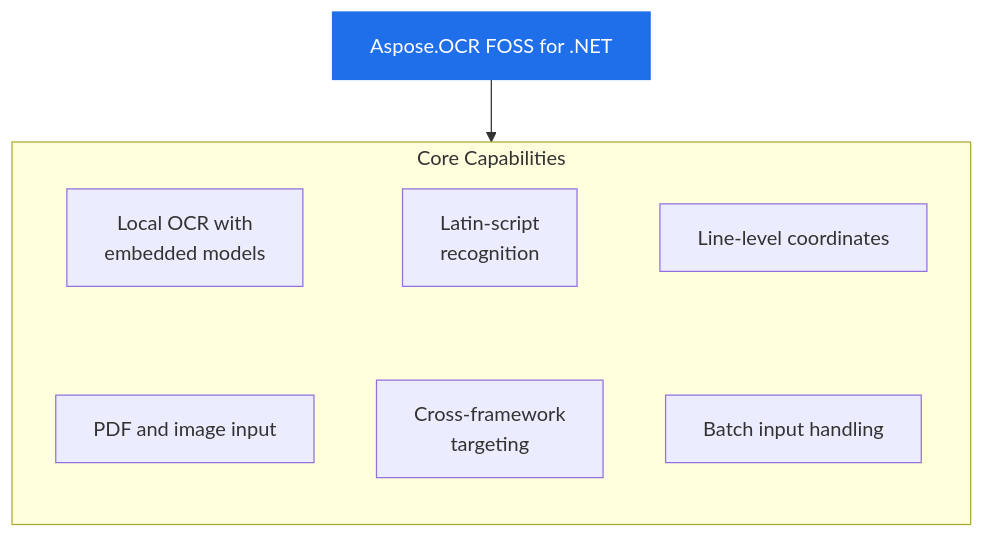
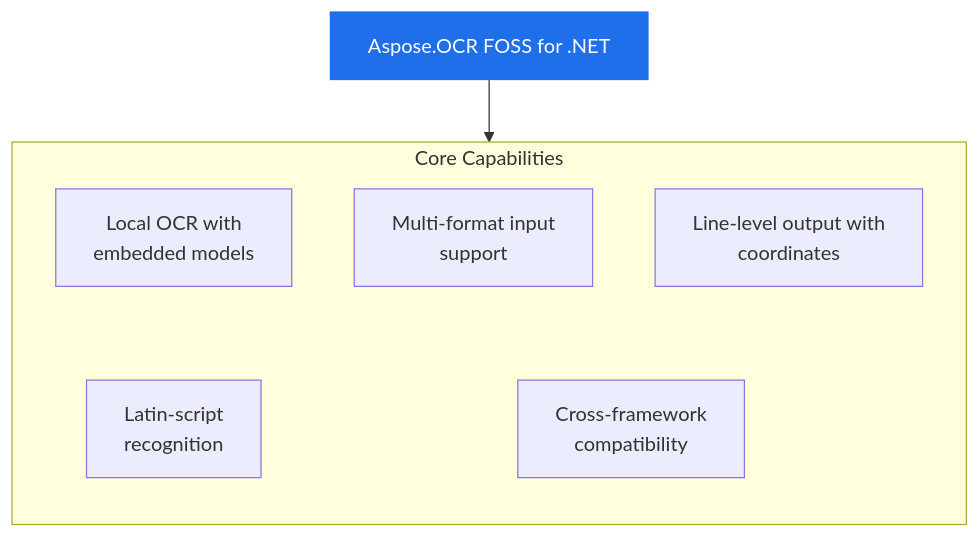
The diagram in 032181110c3d6d3689404021d7473ccfd9050a80/README.md (babar-raza/repo-presenter), drawn with Mermaid before and after one commit. The commit also changed other lines of this file and 11 other files, not shown here.

````diff
--- a/032181110c3d6d3689404021d7473ccfd9050a80/README.md
+++ b/032181110c3d6d3689404021d7473ccfd9050a80/README.md
@@ -25,19 +25,18 @@
 ```mermaid
 flowchart TB
   PRODUCT["Aspose.OCR FOSS for .NET"]
   subgraph Capabilities["Core Capabilities"]
     direction TB
     c1["Local OCR with<br/>embedded models"]
-    c2["Latin-script<br/>recognition"]
-    c3["Line-level coordinates"]
-    c4["PDF and image input"]
-    c5["Cross-framework<br/>targeting"]
-    c6["Batch input handling"]
+    c2["Multi-format input<br/>support"]
+    c3["Line-level output with<br/>coordinates"]
+    c4["Latin-script<br/>recognition"]
+    c5["Cross-framework<br/>compatibility"]
     c1 ~~~ c4
     c2 ~~~ c5
-    c3 ~~~ c6
+    c3 ~~~ c5
   end
   PRODUCT --> Capabilities
   classDef product fill:#1f6feb,stroke:#1f6feb,color:#ffffff
   class PRODUCT product
 ```
````
